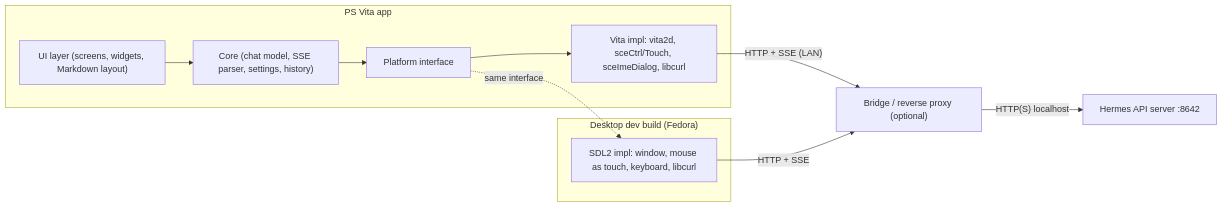
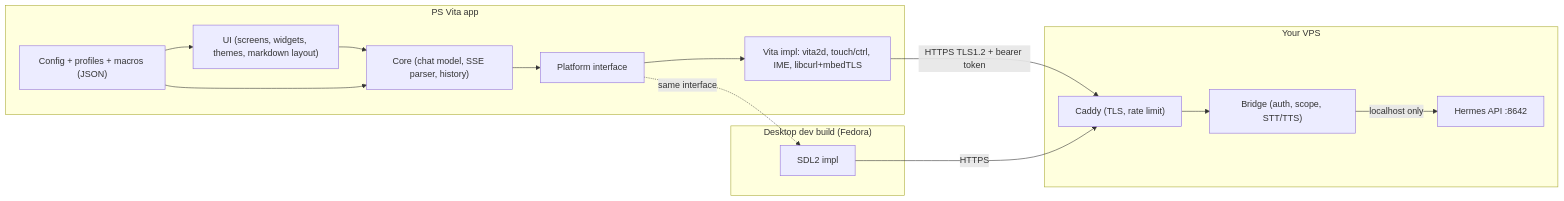
One commit to 309nahe/vita-hermes changed the diagram in docs/vita-hermes-client-plan.md. Above: the diagram before and after it, drawn with Mermaid. The commit also changed other lines of this file, not shown here.

First line of the commit message:
Plan v2: VPS/HTTPS, security model, customization architecture, English-only

````diff
--- a/docs/vita-hermes-client-plan.md
+++ b/docs/vita-hermes-client-plan.md
@@ -218,17 +229,24 @@
 ```mermaid
 flowchart LR
   subgraph Vita["PS Vita app"]
-    UI["UI layer (screens, widgets, Markdown layout)"]
-    Core["Core (chat model, SSE parser, settings, history)"]
+    UI["UI (screens, widgets, themes, markdown layout)"]
+    Cfg["Config + profiles + macros (JSON)"]
+    Core["Core (chat model, SSE parser, history)"]
     Plat["Platform interface"]
-    V["Vita impl: vita2d, sceCtrl/Touch, sceImeDialog, libcurl"]
-    UI --> Core --> Plat --> V
+    V["Vita impl: vita2d, touch/ctrl, IME, libcurl+mbedTLS"]
+    UI --> Core
+    Cfg --> UI
+    Cfg --> Core
+    Core --> Plat --> V
   end
   subgraph Desktop["Desktop dev build (Fedora)"]
-    D["SDL2 impl: window, mouse as touch, keyboard, libcurl"]
+    D["SDL2 impl"]
   end
   Plat -. same interface .-> D
-  V -- "HTTP + SSE (LAN)" --> Bridge
-  D -- "HTTP + SSE" --> Bridge
-  Bridge["Bridge / reverse proxy (optional)"] -- "HTTP(S) localhost" --> Hermes["Hermes API server :8642"]
+  V -- "HTTPS TLS1.2 + bearer token" --> Caddy
+  D -- "HTTPS" --> Caddy
+  subgraph VPS["Your VPS"]
+    Caddy["Caddy (TLS, rate limit)"] --> Bridge["Bridge (auth, scope, STT/TTS)"]
+    Bridge -- "localhost only" --> Hermes["Hermes API :8642"]
+  end
 ```
````
